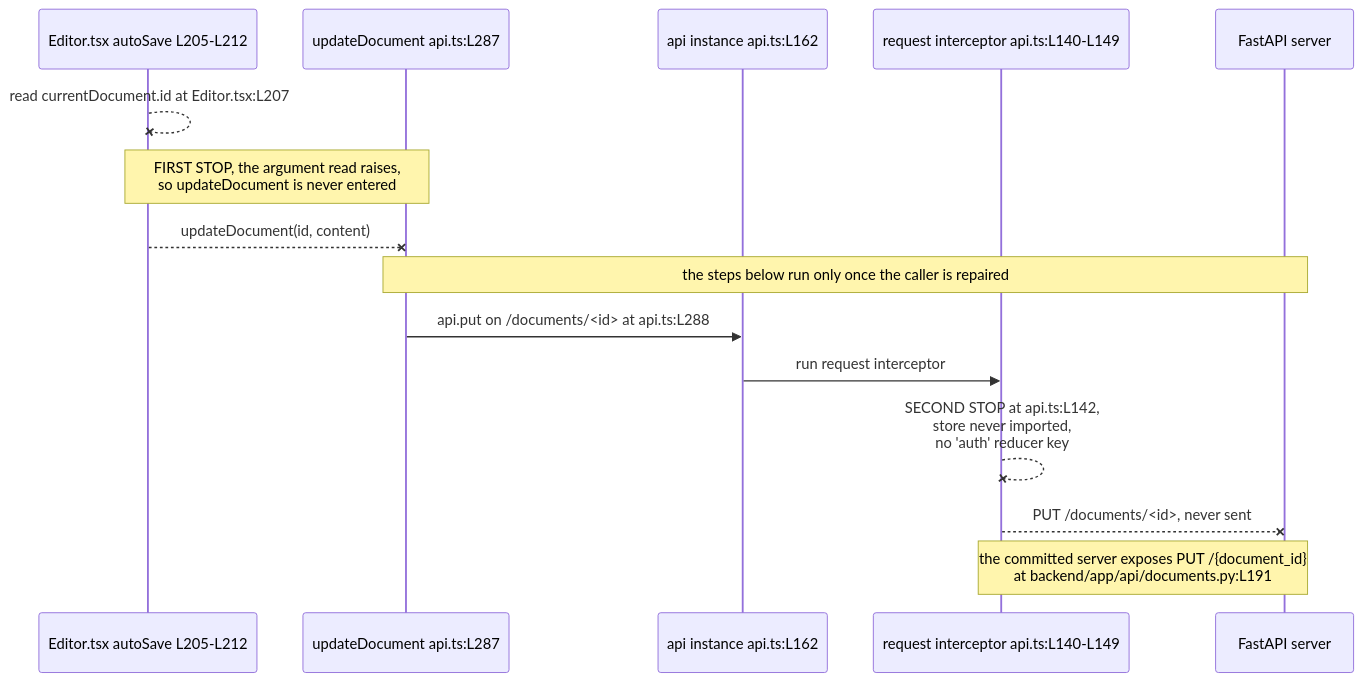
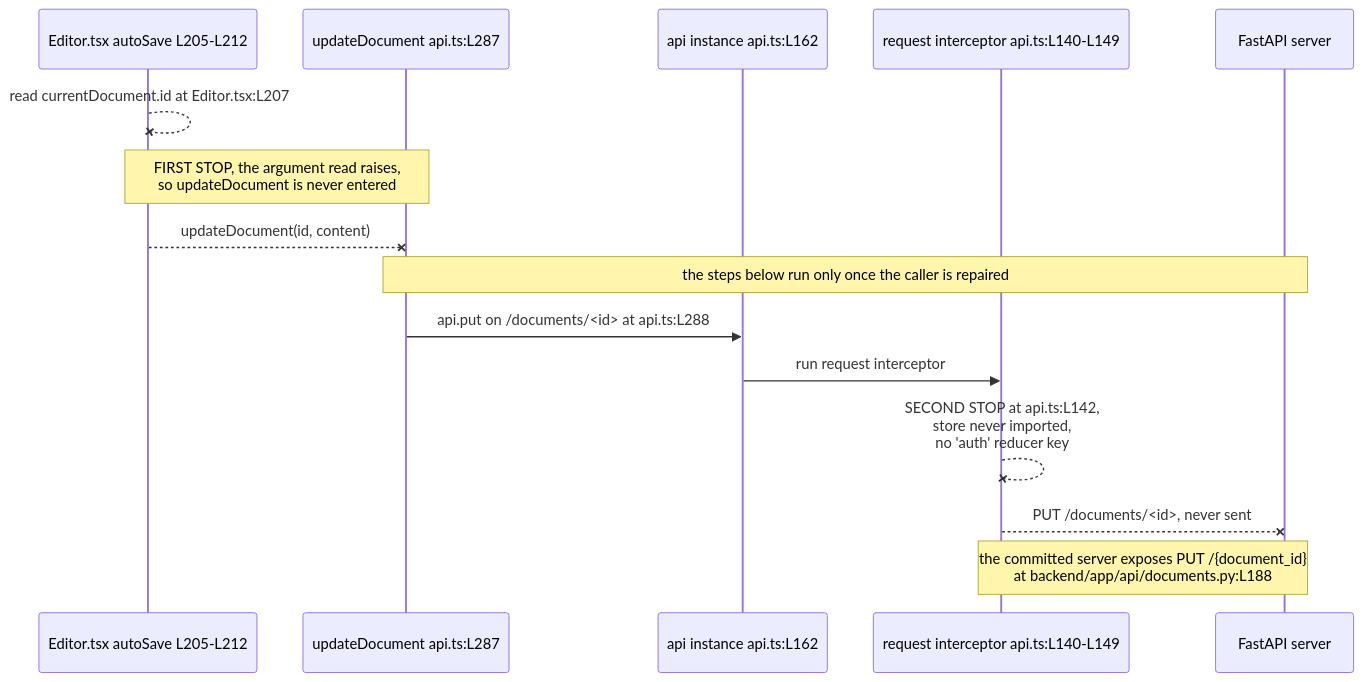
The diagram in frontend/src/services/README.md (blitzy-public-samples/microsoft-word-u33ko0), drawn with Mermaid before and after one commit. The commit also changed other lines of this file and 46 other files, not shown here.

````diff
--- a/frontend/src/services/README.md
+++ b/frontend/src/services/README.md
@@ -75,19 +75,19 @@
 ```mermaid
 sequenceDiagram
     participant Page as Editor.tsx autoSave L205-L212
     participant Fn as updateDocument api.ts:L287
     participant Api as api instance api.ts:L162
     participant Int as request interceptor api.ts:L140-L149
     participant Srv as FastAPI server
 
     Page--xPage: read currentDocument.id at Editor.tsx:L207
     Note over Page,Fn: FIRST STOP, the argument read raises,<br/>so updateDocument is never entered
     Page--xFn: updateDocument(id, content)
 
     Note over Fn,Srv: the steps below run only once the caller is repaired
     Fn->>Api: api.put on /documents/<id> at api.ts:L288
     Api->>Int: run request interceptor
     Int--xInt: SECOND STOP at api.ts:L142,<br/>store never imported,<br/>no 'auth' reducer key
     Int--xSrv: PUT /documents/<id>, never sent
-    Note over Int,Srv: the committed server exposes PUT /{document_id}<br/>at backend/app/api/documents.py:L191
+    Note over Int,Srv: the committed server exposes PUT /{document_id}<br/>at backend/app/api/documents.py:L188
 ```
````
